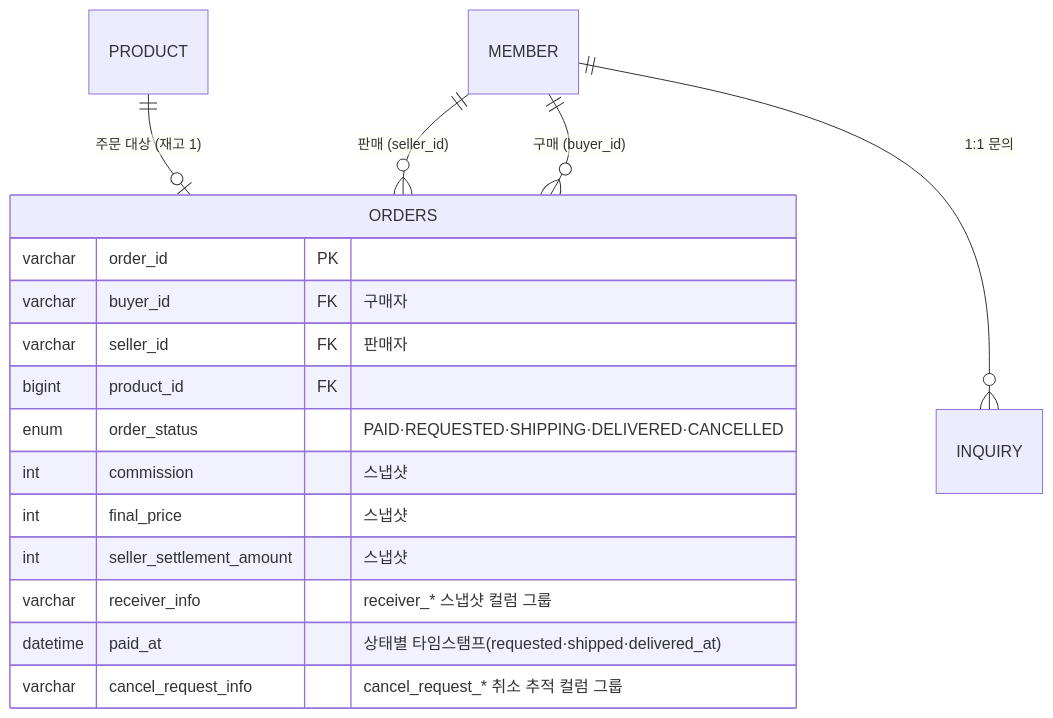
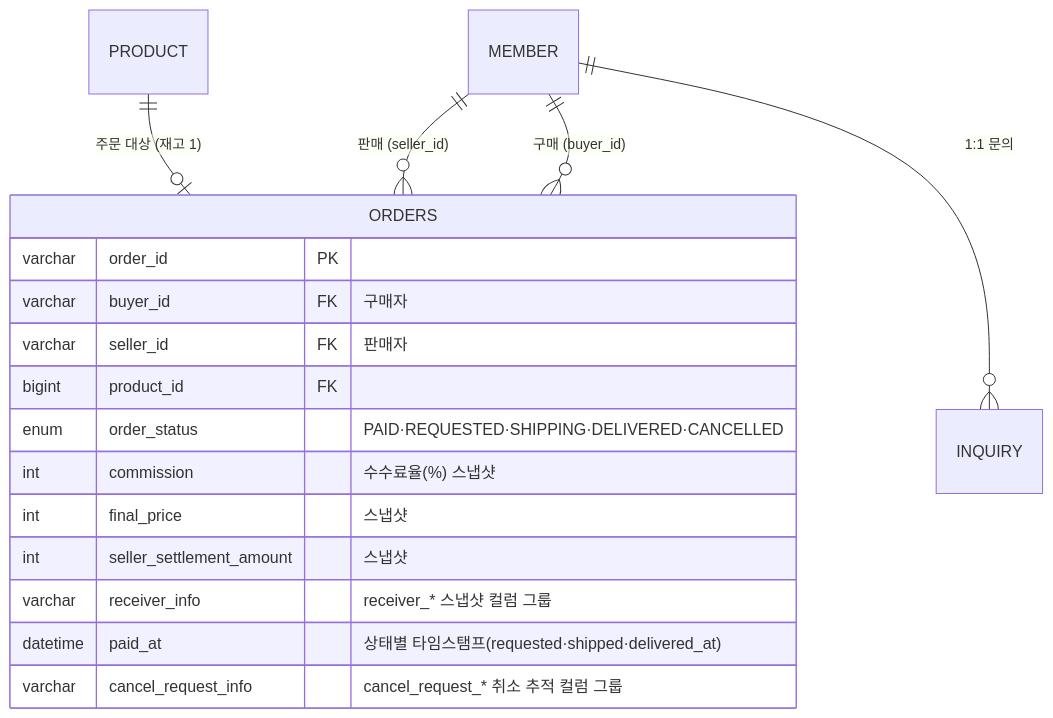
The second of 2 diagrams in README.md (jeongbyeongmug/nailed-marketplace), drawn with Mermaid before and after one commit. The commit also changed other lines of this file, not shown here.

````diff
--- a/README.md
+++ b/README.md
@@ -149,21 +150,21 @@
 ```mermaid
 erDiagram
     MEMBER ||--o{ ORDERS : "구매 (buyer_id)"
     MEMBER ||--o{ ORDERS : "판매 (seller_id)"
     PRODUCT ||--o| ORDERS : "주문 대상 (재고 1)"
     MEMBER ||--o{ INQUIRY : "1:1 문의"
 
     ORDERS {
         varchar order_id PK
         varchar buyer_id FK "구매자"
         varchar seller_id FK "판매자"
         bigint product_id FK
         enum order_status "PAID·REQUESTED·SHIPPING·DELIVERED·CANCELLED"
-        int commission "스냅샷"
+        int commission "수수료율(%) 스냅샷"
         int final_price "스냅샷"
         int seller_settlement_amount "스냅샷"
         varchar receiver_info "receiver_* 스냅샷 컬럼 그룹"
         datetime paid_at "상태별 타임스탬프(requested·shipped·delivered_at)"
         varchar cancel_request_info "cancel_request_* 취소 추적 컬럼 그룹"
     }
 ```
````
